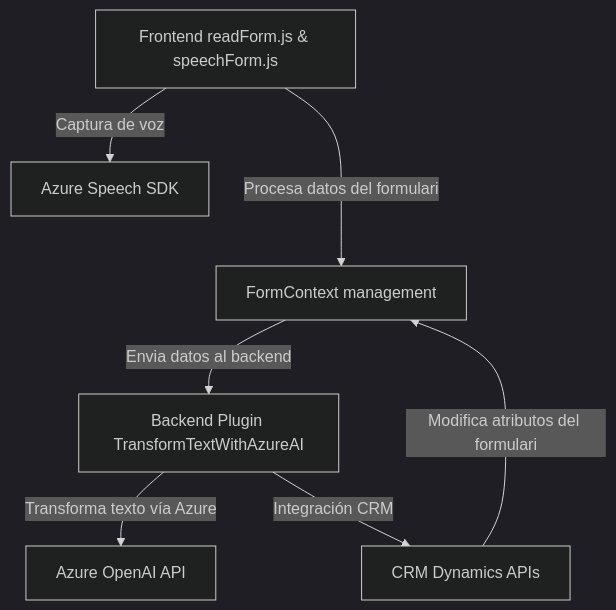
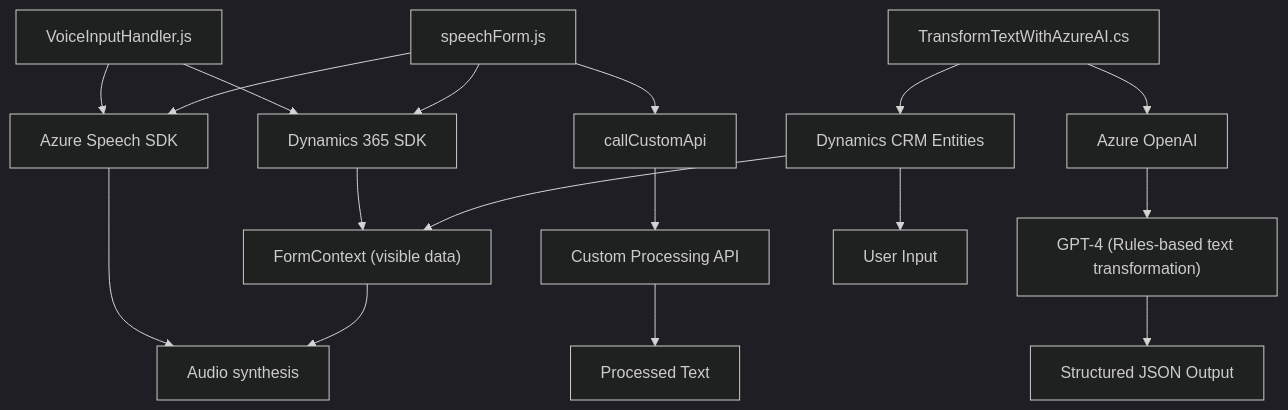
One commit to blopezdm/NETCORE_BILBAO2025 changed the diagram in README.md. Above: the diagram before and after it, drawn with Mermaid (dark theme). The commit also changed other lines of this file, not shown here.

````diff
--- a/README.md
+++ b/README.md
@@ -26,16 +51,22 @@
 ```mermaid
 graph TD
-    A["Frontend readForm.js & speechForm.js"]
-    B["Backend Plugin TransformTextWithAzureAI"]
-    C["Azure Speech SDK"]
-    D["Azure OpenAI API"]
-    E["FormContext management"]
-    F["CRM Dynamics APIs"]
+    A["VoiceInputHandler.js"] --> B["Azure Speech SDK"]
+    A --> C["Dynamics 365 SDK"]
+    C --> D["FormContext (visible data)"]
+    B --> E["Audio synthesis"]
 
-    A --Captura de voz--> C
-    A --Procesa datos del formulario--> E
-    E --Envia datos al backend--> B
-    B --Transforma texto vía Azure--> D
-    B --Integración CRM--> F
-    F --Modifica atributos del formulario--> E
+    F["speechForm.js"] --> B
+    F --> C
+    F --> G["callCustomApi"]
+    G --> H["Custom Processing API"]
+    H --> I["Processed Text"]
+
+    J["TransformTextWithAzureAI.cs"] --> K["Dynamics CRM Entities"]
+    J --> L["Azure OpenAI"]
+    L --> M["GPT-4 (Rules-based text transformation)"]
+    M --> N["Structured JSON Output"]
+
+    K --> O["User Input"]
+    K --> D
+    D --> E
 ```
````
